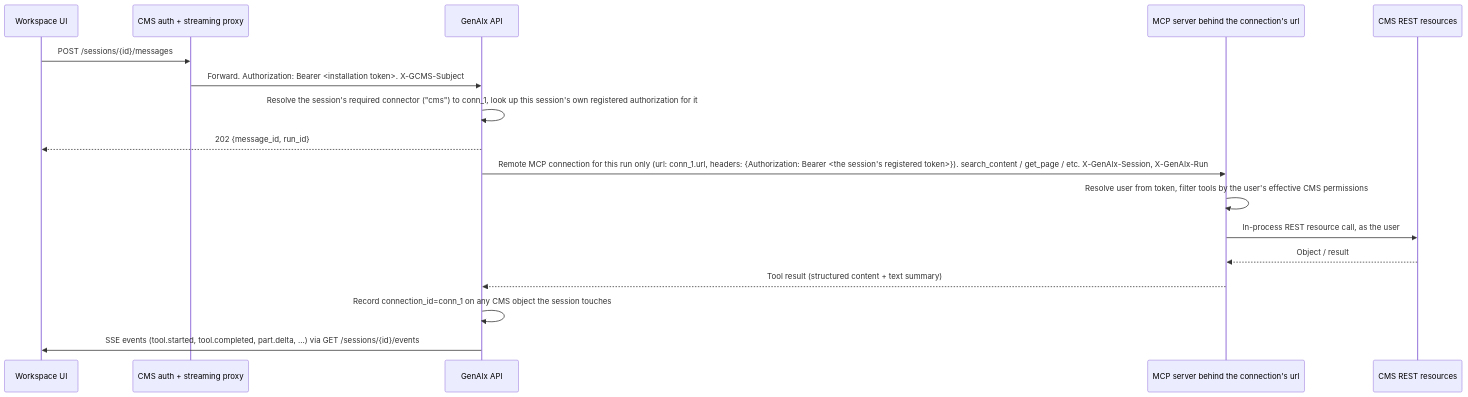
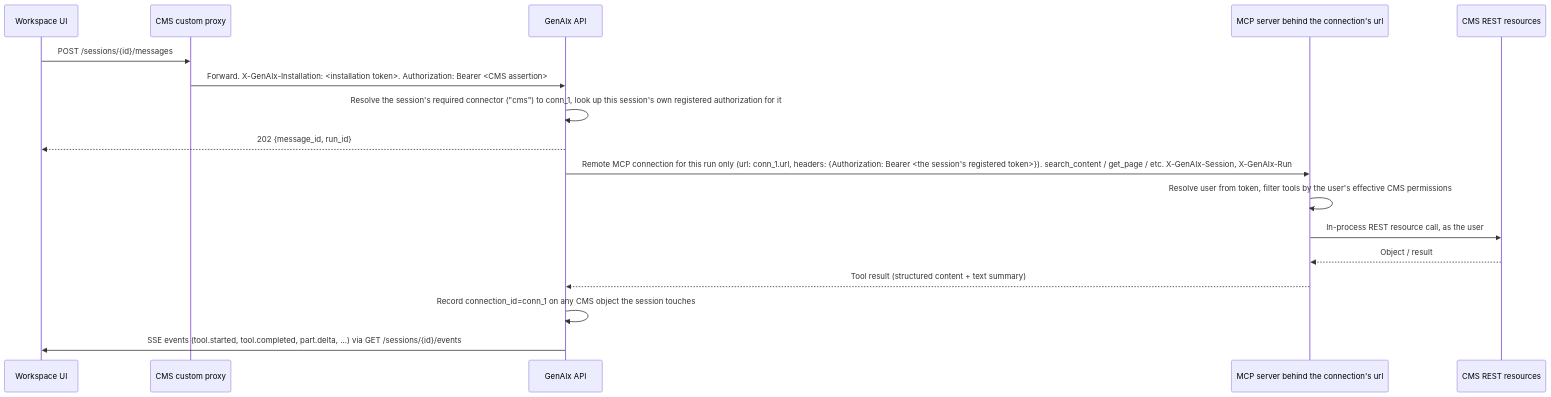
One commit to gentics/cms-oss changed the third of 5 diagrams in workspace-ui/.claude/contracts/genaix-docs/02-auth-and-context-flow.md. Above: the diagram before and after it, drawn with Mermaid. The commit also changed other lines of this file and 18 other files, not shown here.

````diff
--- a/workspace-ui/.claude/contracts/genaix-docs/02-auth-and-context-flow.md
+++ b/workspace-ui/.claude/contracts/genaix-docs/02-auth-and-context-flow.md
@@ -216,20 +260,20 @@
 ```mermaid
 sequenceDiagram
     participant W as Workspace UI
-    participant P as CMS auth + streaming proxy
+    participant P as CMS custom proxy
     participant G as GenAIx API
     participant C as MCP server behind the connection's url
     participant R as CMS REST resources
 
     W->>P: POST /sessions/{id}/messages
-    P->>G: Forward. Authorization: Bearer <installation token>. X-GCMS-Subject
+    P->>G: Forward. X-GenAIx-Installation: <installation token>. Authorization: Bearer <CMS assertion>
     G->>G: Resolve the session's required connector ("cms") to conn_1, look up this session's own registered authorization for it
     G-->>W: 202 {message_id, run_id}
     G->>C: Remote MCP connection for this run only (url: conn_1.url, headers: {Authorization: Bearer <the session's registered token>}). search_content / get_page / etc. X-GenAIx-Session, X-GenAIx-Run
     C->>C: Resolve user from token, filter tools by the user's effective CMS permissions
     C->>R: In-process REST resource call, as the user
     R-->>C: Object / result
     C-->>G: Tool result (structured content + text summary)
     G->>G: Record connection_id=conn_1 on any CMS object the session touches
     G->>W: SSE events (tool.started, tool.completed, part.delta, ...) via GET /sessions/{id}/events
 ```
````
